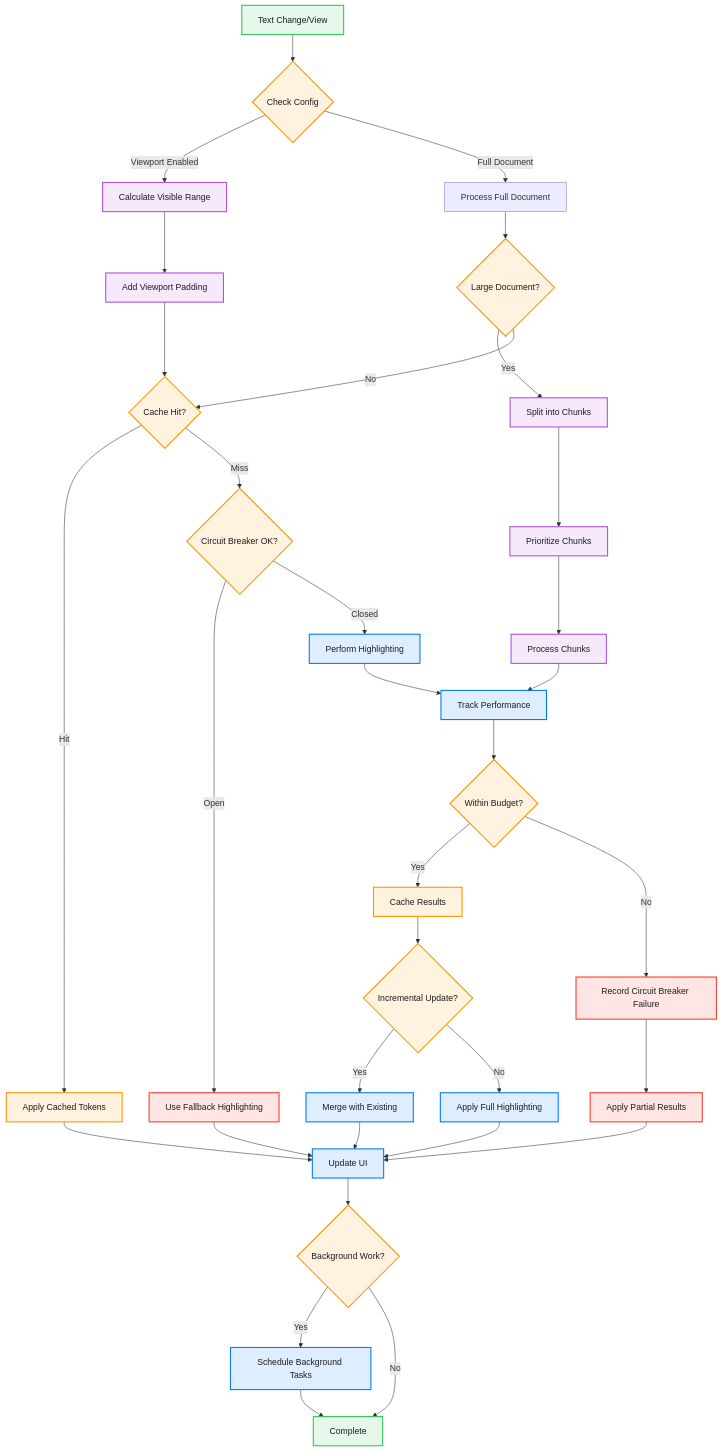
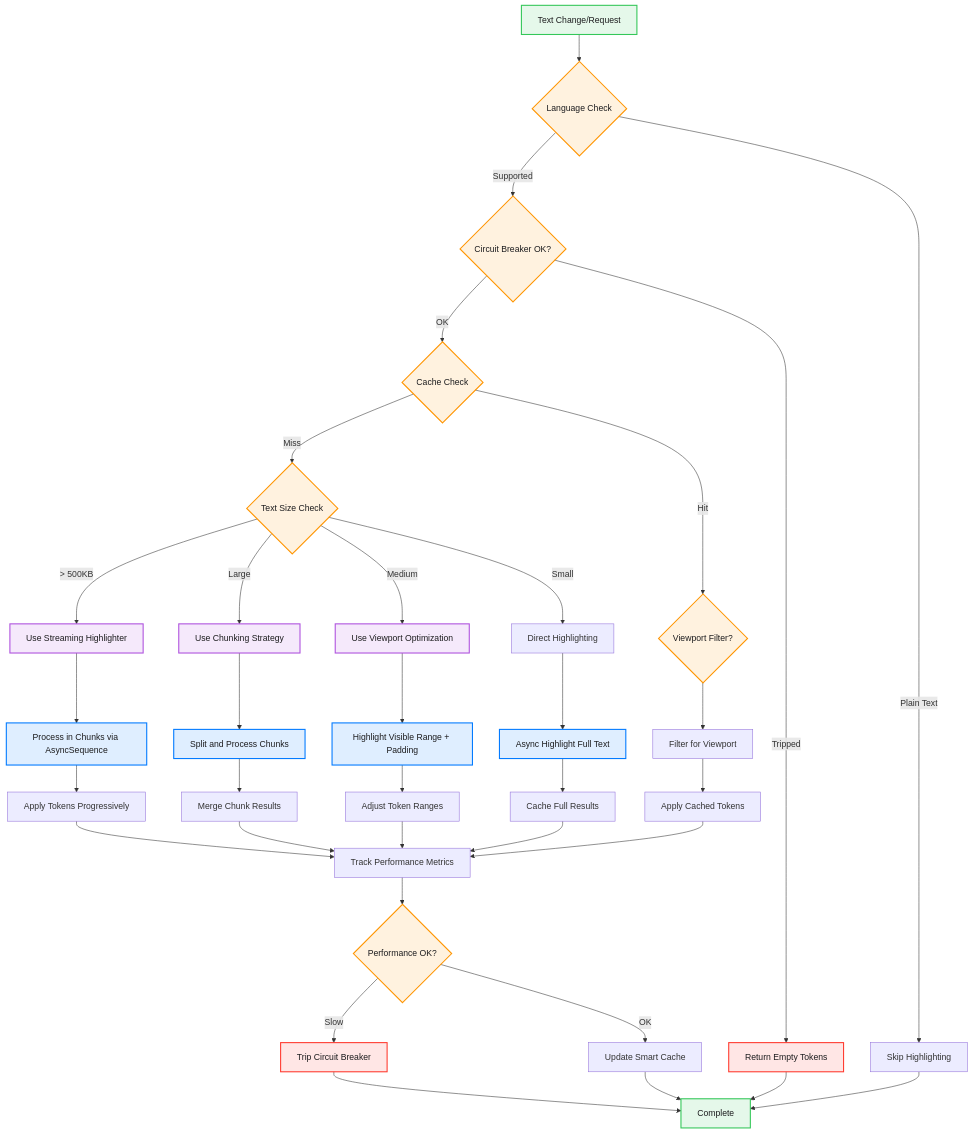
Before and after one commit to ajmcclary/CodeEditorKit: the second of 2 diagrams in docs/Diagrams/29-enhanced-syntax-highlighting-architecture.md, drawn with Mermaid. The commit also changed other lines of this file and 17 other files, not shown here.

````diff
--- a/docs/Diagrams/29-enhanced-syntax-highlighting-architecture.md
+++ b/docs/Diagrams/29-enhanced-syntax-highlighting-architecture.md
@@ -318,82 +288,71 @@
 ```mermaid
 flowchart TD
-    START[Text Change/View] --> CONFIG{Check Config}
+    START[Text Change/Request] --> LANG_CHECK{Language Check}
     
-    CONFIG -->|Viewport Enabled| VIEWPORT[Calculate Visible Range]
-    CONFIG -->|Full Document| FULL[Process Full Document]
+    LANG_CHECK -->|Plain Text| SKIP[Skip Highlighting]
+    LANG_CHECK -->|Supported| CIRCUIT{Circuit Breaker OK?}
     
-    VIEWPORT --> PADDING[Add Viewport Padding]
-    PADDING --> CACHE_CHECK{Cache Hit?}
+    CIRCUIT -->|Tripped| FALLBACK[Return Empty Tokens]
+    CIRCUIT -->|OK| CACHE_CHECK{Cache Check}
     
-    FULL --> CHUNK_CHECK{Large Document?}
-    CHUNK_CHECK -->|Yes| CHUNK[Split into Chunks]
-    CHUNK_CHECK -->|No| CACHE_CHECK
+    CACHE_CHECK -->|Hit| VIEWPORT{Viewport Filter?}
+    CACHE_CHECK -->|Miss| SIZE_CHECK{Text Size Check}
     
-    CACHE_CHECK -->|Hit| APPLY_CACHED[Apply Cached Tokens]
-    CACHE_CHECK -->|Miss| CIRCUIT{Circuit Breaker OK?}
+    SIZE_CHECK -->|> 500KB| STREAMING[Use Streaming Highlighter]
+    SIZE_CHECK -->|Large| CHUNKING[Use Chunking Strategy]
+    SIZE_CHECK -->|Medium| VIEWPORT_OPT[Use Viewport Optimization]
+    SIZE_CHECK -->|Small| DIRECT[Direct Highlighting]
     
-    CIRCUIT -->|Open| FALLBACK[Use Fallback Highlighting]
-    CIRCUIT -->|Closed| HIGHLIGHT[Perform Highlighting]
+    STREAMING --> STREAM_PROCESS[Process in Chunks via AsyncSequence]
+    CHUNKING --> CHUNK_PROCESS[Split and Process Chunks]
+    VIEWPORT_OPT --> VIEWPORT_PROCESS[Highlight Visible Range + Padding]
+    DIRECT --> DIRECT_PROCESS[Async Highlight Full Text]
     
-    CHUNK --> PRIORITIZE[Prioritize Chunks]
-    PRIORITIZE --> PROCESS_CHUNKS[Process Chunks]
+    STREAM_PROCESS --> APPLY_PROGRESSIVE[Apply Tokens Progressively]
+    CHUNK_PROCESS --> MERGE_CHUNKS[Merge Chunk Results]
+    VIEWPORT_PROCESS --> ADJUST_RANGES[Adjust Token Ranges]
+    DIRECT_PROCESS --> CACHE_RESULT[Cache Full Results]
     
-    PROCESS_CHUNKS --> TRACK_PERF[Track Performance]
-    HIGHLIGHT --> TRACK_PERF
+    VIEWPORT --> FILTER_TOKENS[Filter for Viewport]
+    FILTER_TOKENS --> APPLY_CACHED[Apply Cached Tokens]
     
-    TRACK_PERF --> TIME_CHECK{Within Budget?}
-    TIME_CHECK -->|Yes| CACHE_RESULT[Cache Results]
-    TIME_CHECK -->|No| RECORD_FAILURE[Record Circuit Breaker Failure]
+    APPLY_PROGRESSIVE --> TRACK_PERF[Track Performance Metrics]
+    MERGE_CHUNKS --> TRACK_PERF
+    ADJUST_RANGES --> TRACK_PERF
+    CACHE_RESULT --> TRACK_PERF
+    APPLY_CACHED --> TRACK_PERF
     
-    CACHE_RESULT --> INCREMENTAL{Incremental Update?}
-    RECORD_FAILURE --> PARTIAL[Apply Partial Results]
+    TRACK_PERF --> PERF_CHECK{Performance OK?}
+    PERF_CHECK -->|Slow| TRIP_BREAKER[Trip Circuit Breaker]
+    PERF_CHECK -->|OK| UPDATE_CACHE[Update Smart Cache]
     
-    INCREMENTAL -->|Yes| MERGE[Merge with Existing]
-    INCREMENTAL -->|No| APPLY[Apply Full Highlighting]
-    
-    MERGE --> UPDATE_UI[Update UI]
-    APPLY --> UPDATE_UI
-    APPLY_CACHED --> UPDATE_UI
-    PARTIAL --> UPDATE_UI
-    FALLBACK --> UPDATE_UI
-    
-    UPDATE_UI --> BACKGROUND{Background Work?}
-    BACKGROUND -->|Yes| SCHEDULE_BG[Schedule Background Tasks]
-    BACKGROUND -->|No| COMPLETE[Complete]
-    
-    SCHEDULE_BG --> COMPLETE
+    TRIP_BREAKER --> COMPLETE[Complete]
+    UPDATE_CACHE --> COMPLETE
+    FALLBACK --> COMPLETE
+    SKIP --> COMPLETE
 
     %% Styling
     classDef start fill:#34C75920,stroke:#34C759,stroke-width:2px,color:#1D1D1F
+    classDef decision fill:#FF950020,stroke:#FF9500,stroke-width:2px,color:#1D1D1F
     classDef process fill:#007AFF20,stroke:#007AFF,stroke-width:2px,color:#1D1D1F
-    classDef decision fill:#FF950020,stroke:#FF9500,stroke-width:2px,color:#1D1D1F
     classDef optimization fill:#AF52DE20,stroke:#AF52DE,stroke-width:2px,color:#1D1D1F
-    classDef cache fill:#FF950020,stroke:#FF9500,stroke-width:2px,color:#1D1D1F
     classDef error fill:#FF3B3020,stroke:#FF3B30,stroke-width:2px,color:#1D1D1F
     
     class START start
     class COMPLETE start
-    class CONFIG decision
+    class LANG_CHECK decision
+    class CIRCUIT decision
     class CACHE_CHECK decision
-    class CHUNK_CHECK decision
-    class CIRCUIT decision
-    class TIME_CHECK decision
-    class INCREMENTAL decision
-    class BACKGROUND decision
-    class VIEWPORT optimization
-    class PADDING optimization
-    class CHUNK optimization
-    class PRIORITIZE optimization
-    class PROCESS_CHUNKS optimization
-    class CACHE_RESULT cache
-    class APPLY_CACHED cache
-    class HIGHLIGHT process
-    class TRACK_PERF process
-    class MERGE process
-    class APPLY process
-    class UPDATE_UI process
-    class SCHEDULE_BG process
+    class SIZE_CHECK decision
+    class VIEWPORT decision
+    class PERF_CHECK decision
+    class STREAMING optimization
+    class CHUNKING optimization
+    class VIEWPORT_OPT optimization
+    class STREAM_PROCESS process
+    class CHUNK_PROCESS process
+    class VIEWPORT_PROCESS process
+    class DIRECT_PROCESS process
     class FALLBACK error
-    class RECORD_FAILURE error
-    class PARTIAL error
+    class TRIP_BREAKER error
 ```
````
